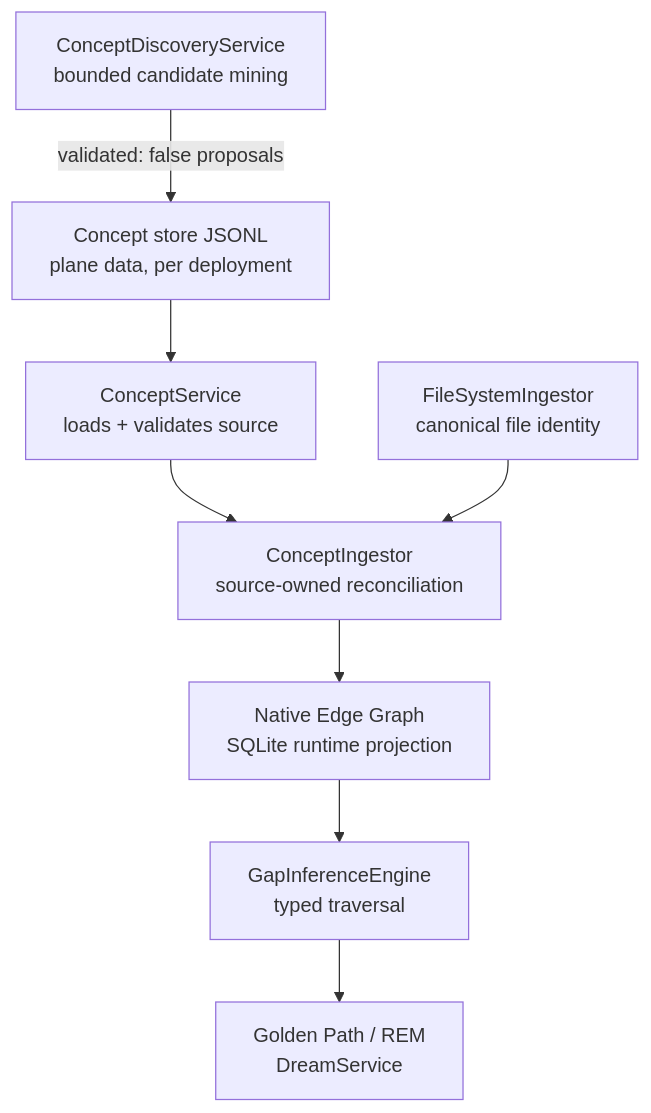
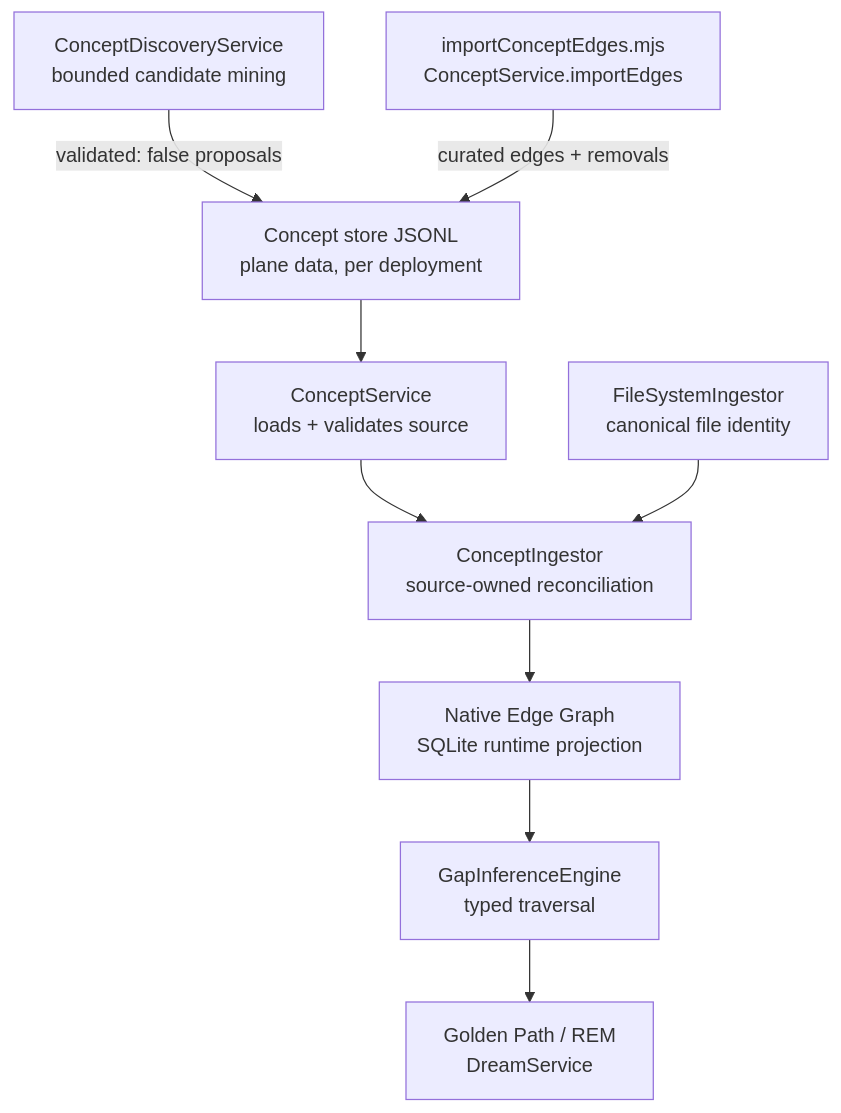
One commit to neomjs/neo-agent-brain changed the second of 2 diagrams in learn/agentos/ConceptOntology.md. Above: the diagram before and after it, drawn with Mermaid. The commit also changed other lines of this file and 8 other files, not shown here.

Commit message:
feat(concepts): add curated concept edge import and maintenance CLI (#1551)

````diff
--- a/learn/agentos/ConceptOntology.md
+++ b/learn/agentos/ConceptOntology.md
@@ -331,10 +345,11 @@
 ```mermaid
 flowchart TD
     CuratedSource["Concept store JSONL\nplane data, per deployment"] --> CS["ConceptService\nloads + validates source"]
     Discovery["ConceptDiscoveryService\nbounded candidate mining"] -->|validated: false proposals| CuratedSource
+    EdgeImport["importConceptEdges.mjs\nConceptService.importEdges"] -->|curated edges + removals| CuratedSource
     CS --> CI["ConceptIngestor\nsource-owned reconciliation"]
     FileIdentity["FileSystemIngestor\ncanonical file identity"] --> CI
     CI --> RuntimeGraph["Native Edge Graph\nSQLite runtime projection"]
     RuntimeGraph --> GIE["GapInferenceEngine\ntyped traversal"]
     GIE --> DP["Golden Path / REM\nDreamService"]
 ```
````
